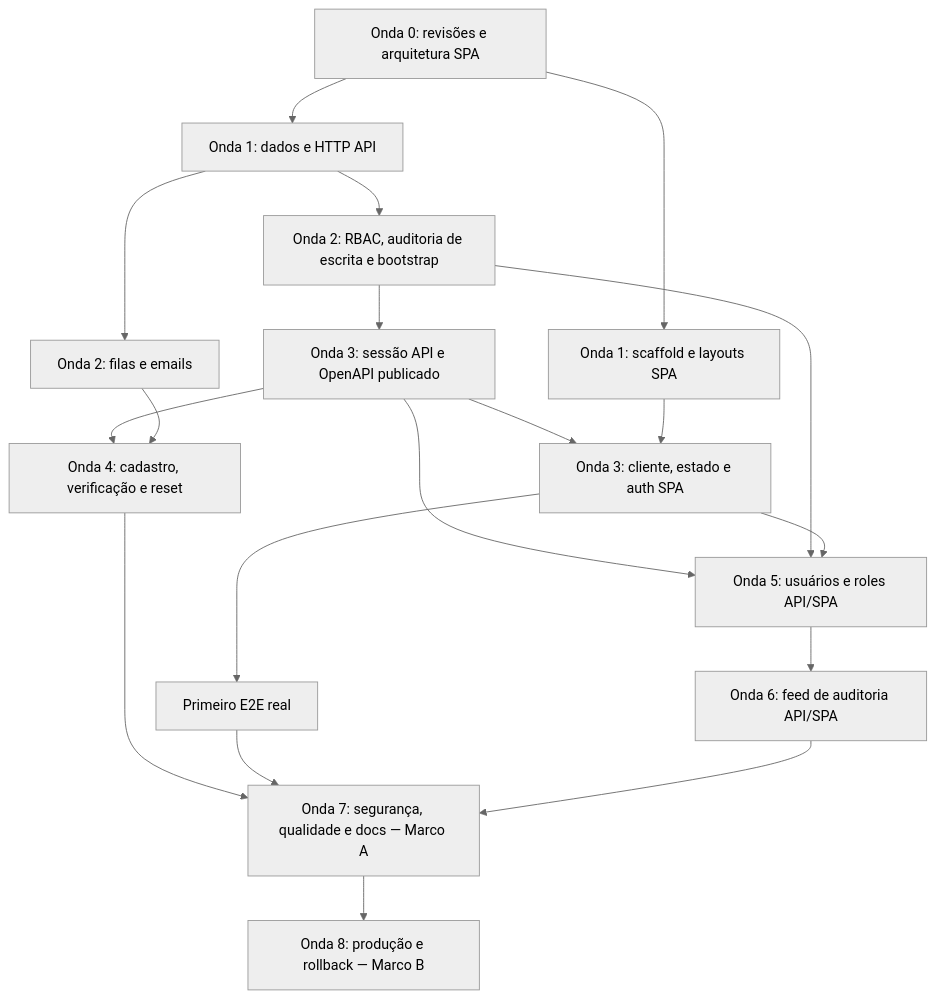
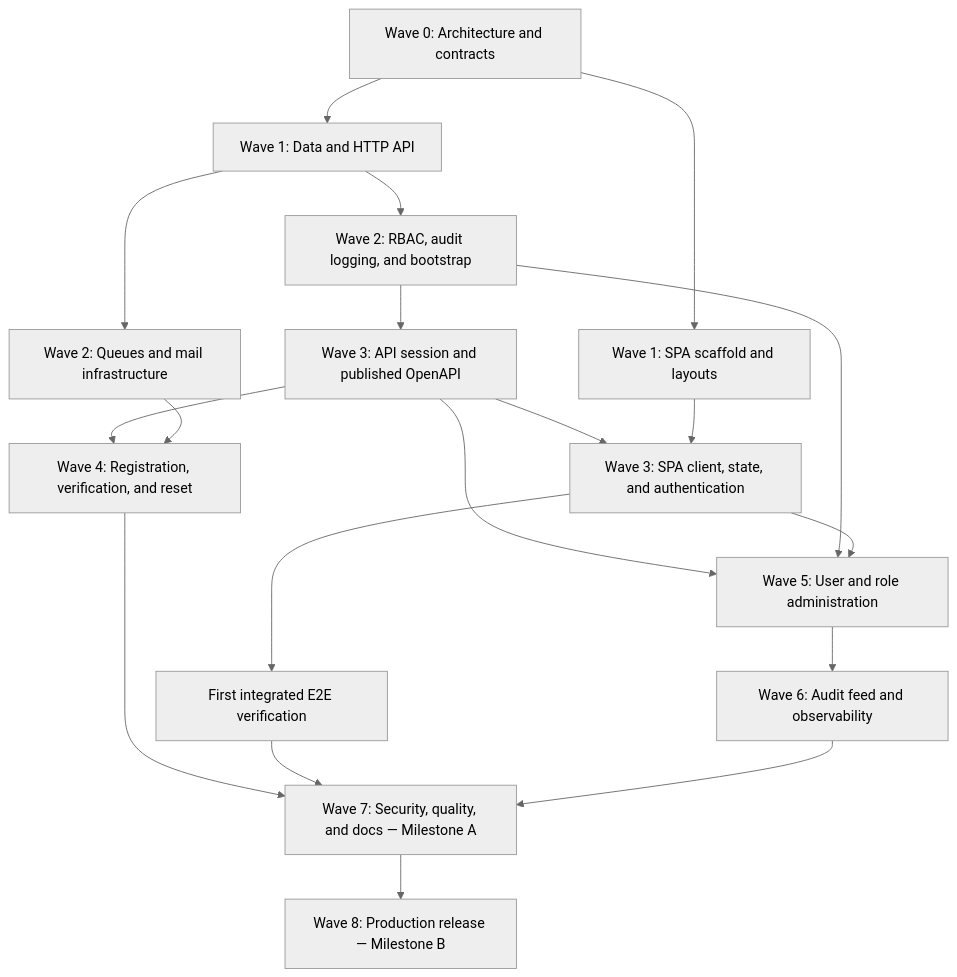
Before and after one commit to yanpenalva/starter-kit-api: the diagram in .context/project/roadmap.md, drawn with Mermaid (neutral theme). The commit also changed other lines of this file and 281 other files, not shown here.

````diff
--- a/.context/project/roadmap.md
+++ b/.context/project/roadmap.md
@@ -57,34 +35,34 @@
 ```mermaid
 flowchart TD
-    R["Onda 0: revisões e arquitetura SPA"]
-    A["Onda 1: dados e HTTP API"]
-    F["Onda 1: scaffold e layouts SPA"]
-    P["Onda 2: RBAC, auditoria de escrita e bootstrap"]
-    Q["Onda 2: filas e emails"]
-    S["Onda 3: sessão API e OpenAPI publicado"]
-    C["Onda 3: cliente, estado e auth SPA"]
-    E["Primeiro E2E real"]
-    I["Onda 4: cadastro, verificação e reset"]
-    U["Onda 5: usuários e roles API/SPA"]
-    L["Onda 6: feed de auditoria API/SPA"]
-    M["Onda 7: segurança, qualidade e docs — Marco A"]
-    B["Onda 8: produção e rollback — Marco B"]
+    R["Wave 0: Architecture and contracts"]
+    A["Wave 1: Data and HTTP API"]
+    F["Wave 1: SPA scaffold and layouts"]
+    P["Wave 2: RBAC, audit logging, and bootstrap"]
+    Q["Wave 2: Queues and mail infrastructure"]
+    S["Wave 3: API session and published OpenAPI"]
+    C["Wave 3: SPA client, state, and authentication"]
+    E["First integrated E2E verification"]
+    I["Wave 4: Registration, verification, and reset"]
+    U["Wave 5: User and role administration"]
+    L["Wave 6: Audit feed and observability"]
+    M["Wave 7: Security, quality, and docs — Milestone A"]
+    B["Wave 8: Production release — Milestone B"]
     R --> A
     R --> F
     A --> P
     A --> Q
     P --> S
     S --> C
     F --> C
     C --> E
     S --> I
     Q --> I
     S --> U
     P --> U
     C --> U
     U --> L
     I --> M
     E --> M
     L --> M
     M --> B
 ```
````
